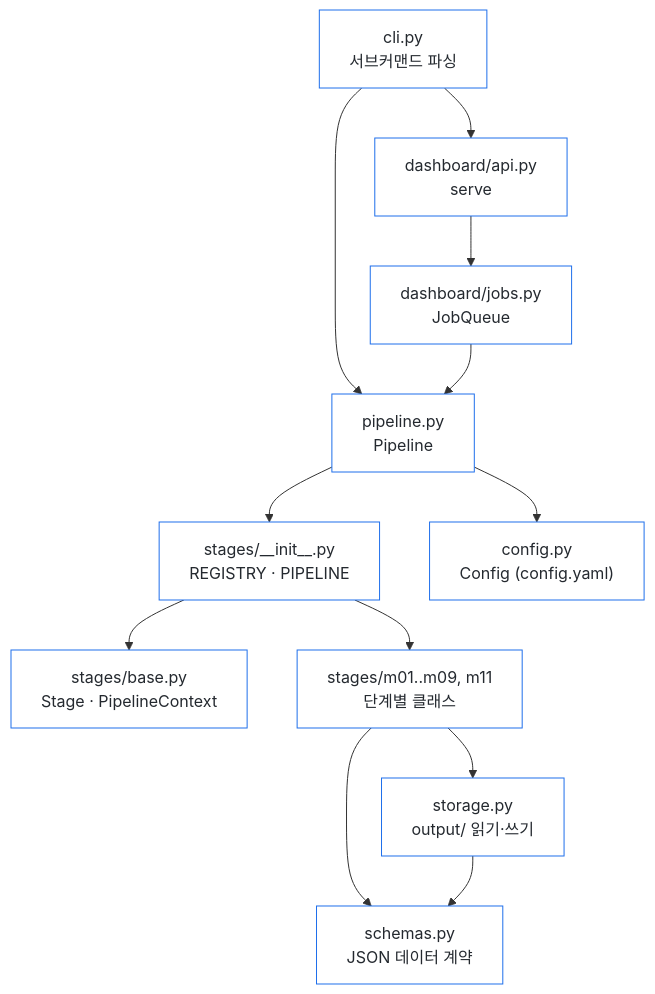
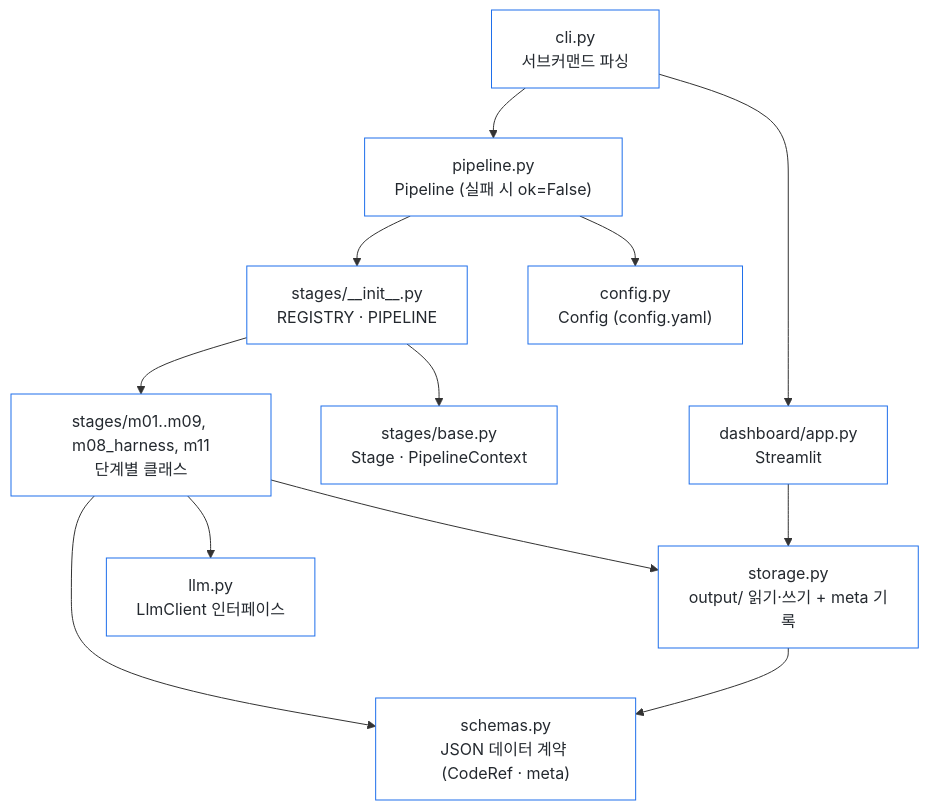
One commit to meonjalgwi/aosp-1day-pipeline changed the third of 3 diagrams in docs/architecture.md. Above: the diagram before and after it, drawn with Mermaid. The commit also changed other lines of this file and 28 other files, not shown here.

First line of the commit message:
feat(schemas): add provenance (CodeRef/meta) and fill thin data contracts

````diff
--- a/docs/architecture.md
+++ b/docs/architecture.md
@@ -84,17 +89,17 @@
 ```mermaid
 flowchart TB
-    cli["cli.py<br/>서브커맨드 파싱"] --> pipe["pipeline.py<br/>Pipeline"]
-    cli --> api["dashboard/api.py<br/>serve"]
+    cli["cli.py<br/>서브커맨드 파싱"] --> pipe["pipeline.py<br/>Pipeline (실패 시 ok=False)"]
+    cli --> dash["dashboard/app.py<br/>Streamlit"]
     pipe --> reg["stages/__init__.py<br/>REGISTRY · PIPELINE"]
     reg --> base["stages/base.py<br/>Stage · PipelineContext"]
-    reg --> stages["stages/m01..m09, m11<br/>단계별 클래스"]
-    stages --> schemas["schemas.py<br/>JSON 데이터 계약"]
-    stages --> storage["storage.py<br/>output/ 읽기·쓰기"]
+    reg --> stages["stages/m01..m09, m08_harness, m11<br/>단계별 클래스"]
+    stages --> schemas["schemas.py<br/>JSON 데이터 계약 (CodeRef · meta)"]
+    stages --> storage["storage.py<br/>output/ 읽기·쓰기 + meta 기록"]
+    stages --> llm["llm.py<br/>LlmClient 인터페이스"]
     storage --> schemas
     pipe --> cfg["config.py<br/>Config (config.yaml)"]
-    api --> jobs["dashboard/jobs.py<br/>JobQueue"]
-    jobs --> pipe
+    dash --> storage
 
     classDef f fill:#ffffff,stroke:#1f6feb,color:#24292f;
-    class cli,pipe,api,reg,base,stages,schemas,storage,cfg,jobs f;
+    class cli,pipe,dash,reg,base,stages,schemas,storage,cfg,llm f;
 ```
````
